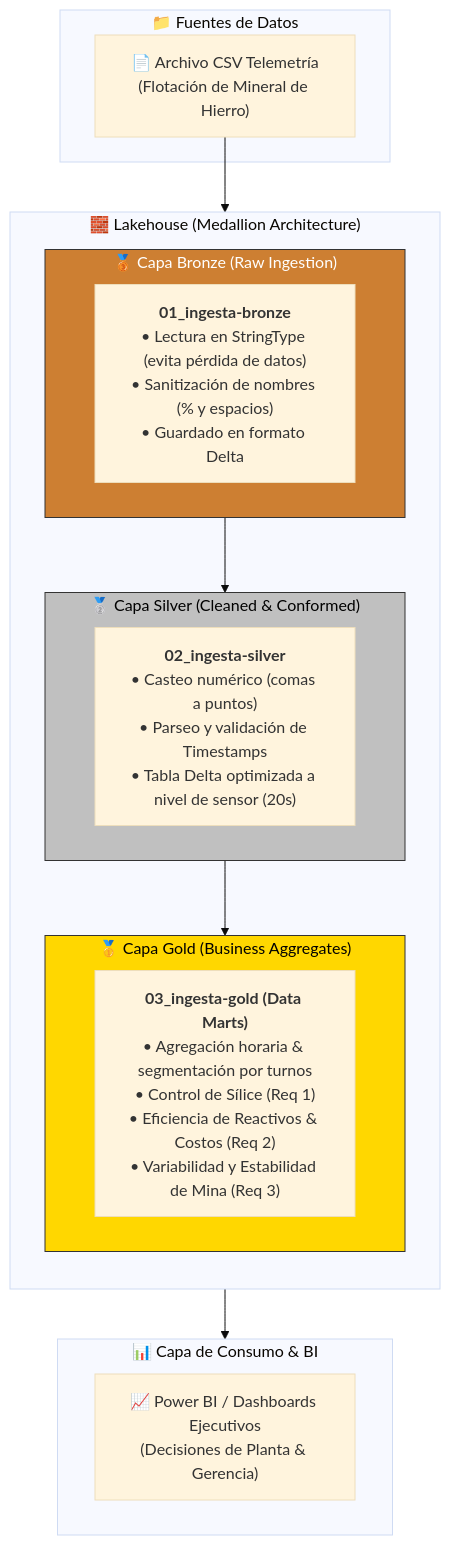
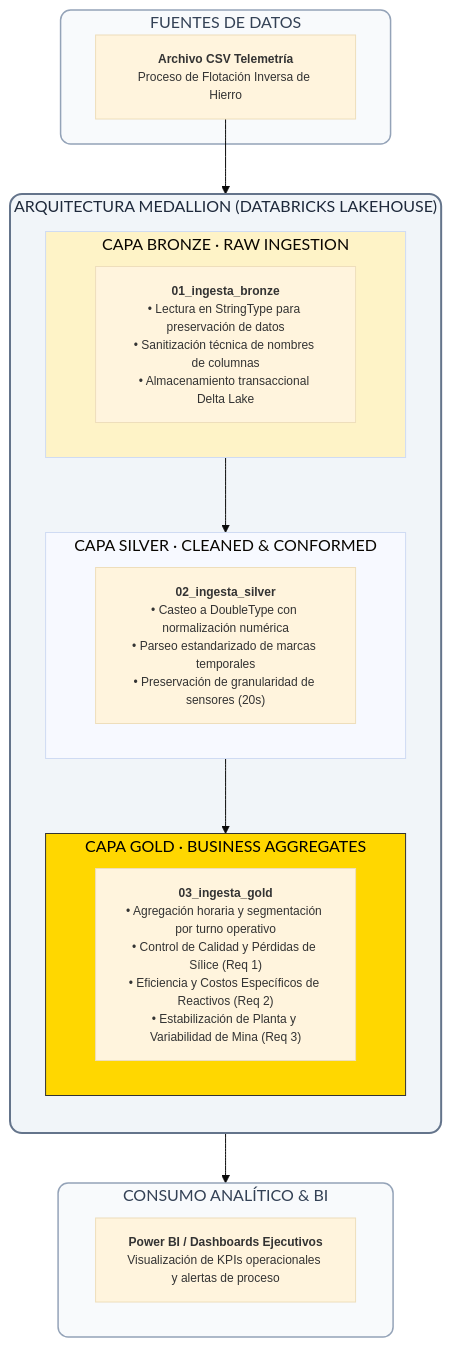
The diagram in README.md (Wedkyy/Mining-pipeline), drawn with Mermaid (base theme) before and after one commit.

Commit message:
Update README with improved flowchart descriptions

````diff
--- a/README.md
+++ b/README.md
@@ -1,36 +1,45 @@
 ```mermaid
 flowchart TD
-    subgraph Origen ["📁 Fuentes de Datos"]
-        CSV["📄 Archivo CSV Telemetría<br/>(Flotación de Mineral de Hierro)"]
+    %% Nodos de Origen
+    subgraph Origen ["FUENTES DE DATOS"]
+        CSV["<b>Archivo CSV Telemetría</b><br/>Proceso de Flotación Inversa de Hierro"]
     end
 
-    subgraph Databricks ["🧱 Lakehouse (Medallion Architecture)"]
+    %% Nodos de Lakehouse Databricks
+    subgraph Lakehouse ["ARQUITECTURA MEDALLION (DATABRICKS LAKEHOUSE)"]
         direction TB
         
-        subgraph Bronze ["🥉 Capa Bronze (Raw Ingestion)"]
-            B1["<b>01_ingesta-bronze</b><br/>• Lectura en StringType (evita pérdida de datos)<br/>• Sanitización de nombres (% y espacios)<br/>• Guardado en formato Delta"]
+        subgraph Bronze ["CAPA BRONZE · RAW INGESTION"]
+            B1["<b>01_ingesta_bronze</b><br/>• Lectura en StringType para preservación de datos<br/>• Sanitización técnica de nombres de columnas<br/>• Almacenamiento transaccional Delta Lake"]
         end
 
-        subgraph Silver ["🥈 Capa Silver (Cleaned & Conformed)"]
-            S1["<b>02_ingesta-silver</b><br/>• Casteo numérico (comas a puntos)<br/>• Parseo y validación de Timestamps<br/>• Tabla Delta optimizada a nivel de sensor (20s)"]
+        subgraph Silver ["CAPA SILVER · CLEANED & CONFORMED"]
+            S1["<b>02_ingesta_silver</b><br/>• Casteo a DoubleType con normalización numérica<br/>• Parseo estandarizado de marcas temporales<br/>• Preservación de granularidad de sensores (20s)"]
         end
 
-        subgraph Gold ["🥇 Capa Gold (Business Aggregates)"]
-            G1["<b>03_ingesta-gold (Data Marts)</b><br/>• Agregación horaria & segmentación por turnos<br/>• Control de Sílice (Req 1)<br/>• Eficiencia de Reactivos & Costos (Req 2)<br/>• Variabilidad y Estabilidad de Mina (Req 3)"]
+        subgraph Gold ["CAPA GOLD · BUSINESS AGGREGATES"]
+            G1["<b>03_ingesta_gold</b><br/>• Agregación horaria y segmentación por turno operativo<br/>• Control de Calidad y Pérdidas de Sílice (Req 1)<br/>• Eficiencia y Costos Específicos de Reactivos (Req 2)<br/>• Estabilización de Planta y Variabilidad de Mina (Req 3)"]
         end
 
         Bronze --> Silver
         Silver --> Gold
     end
 
-    subgraph Consumo ["📊 Capa de Consumo & BI"]
-        BI["📈 Power BI / Dashboards Ejecutivos<br/>(Decisiones de Planta & Gerencia)"]
+    %% Nodos de Consumo
+    subgraph Consumo ["CONSUMO ANALÍTICO & BI"]
+        BI["<b>Power BI / Dashboards Ejecutivos</b><br/>Visualización de KPIs operacionales y alertas de proceso"]
     end
 
     CSV --> Bronze
     Gold --> Consumo
 
-    style Bronze fill:#cd7f32,stroke:#333,stroke-width:1px,color:#fff
-    style Silver fill:#c0c0c0,stroke:#333,stroke-width:1px,color:#000
+    %% Estilos Globales y Uniformes (Bordes redondeados y paleta sobria)
+    classDef default font-family:Arial,sans-serif,font-size:12px;
+    
+    style Origen fill:#f8fafc,stroke:#94a3b8,stroke-width:1.5px,color:#334155,rx:10,ry:10
+    style Lakehouse fill:#f1f5f9,stroke:#64748b,stroke-width:2px,color:#1e293b,rx:12,ry:12
+    style Consumo fill:#f8fafc,stroke:#94a3b8,stroke-width:1.5px,color:#334155,rx:10,ry:10
+
+    style Bronze fill:#fef3c7,stroke:#d
     style Gold fill:#ffd700,stroke:#333,stroke-width:1px,color:#000
 ```
````
